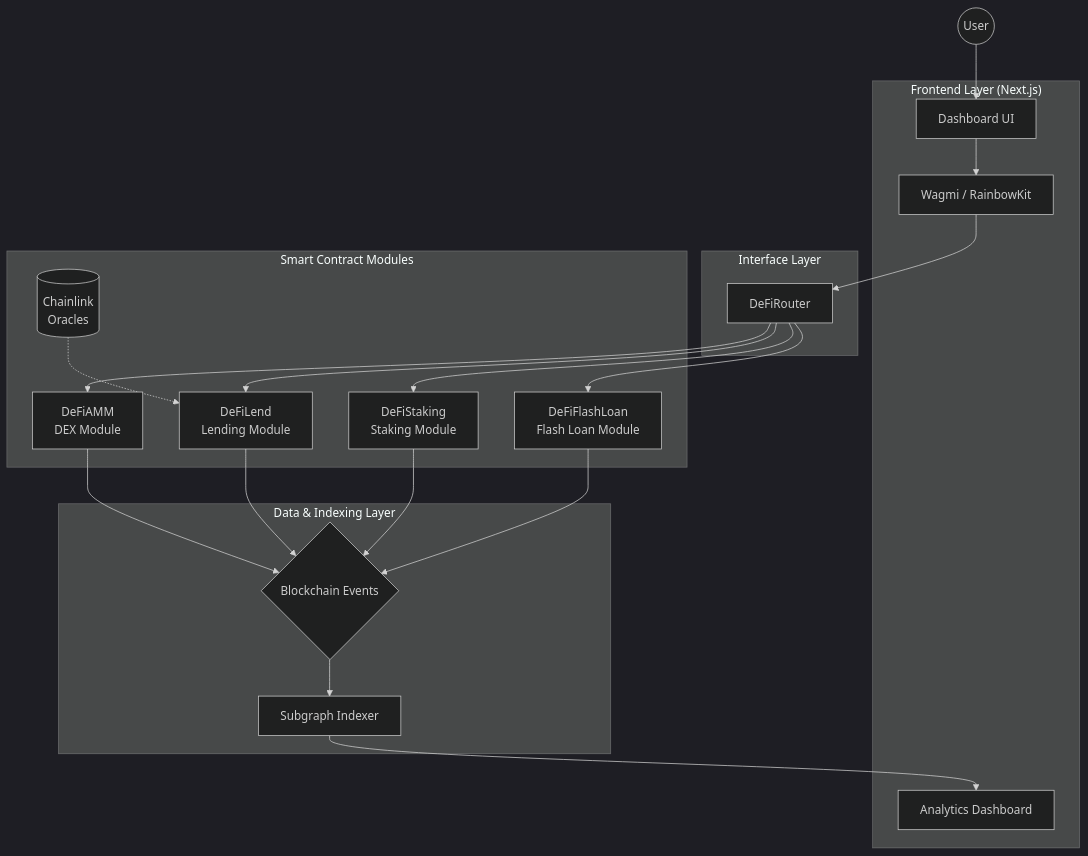
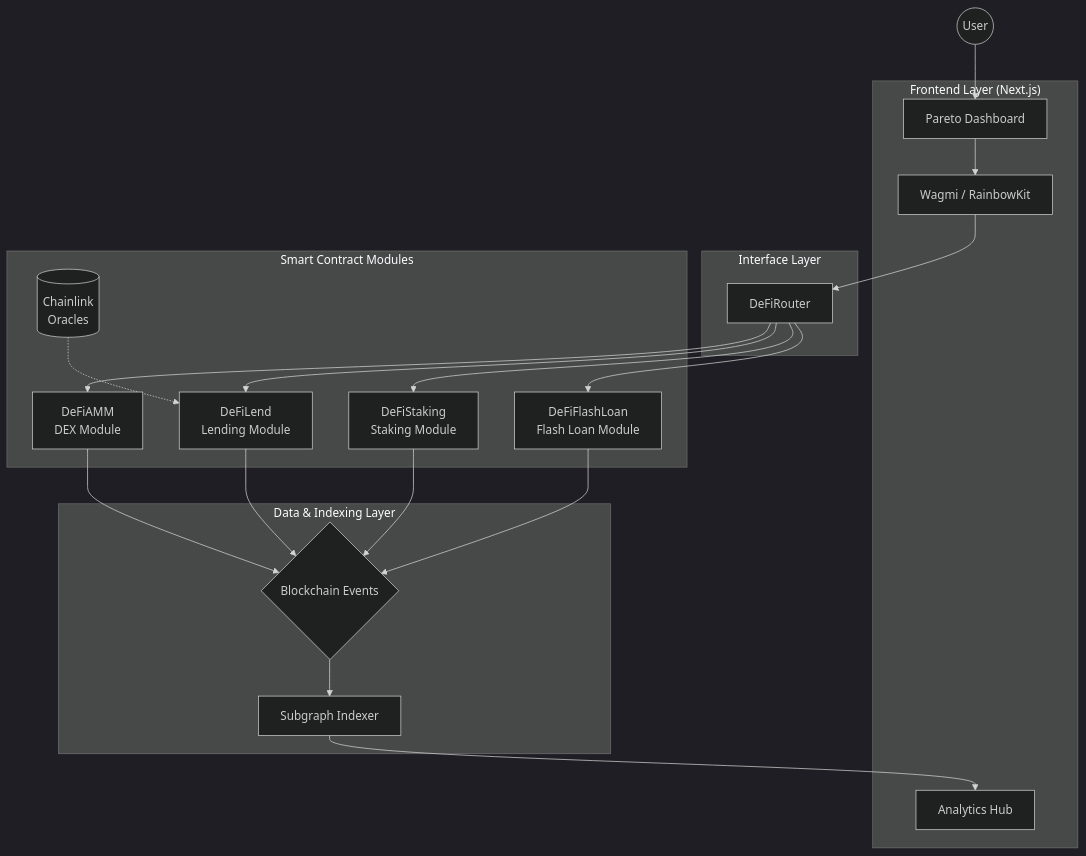
Before and after one commit to rahul-0407/DeFi_Super: the first of 2 diagrams in README.md, drawn with Mermaid (dark theme). The commit also changed other lines of this file and 10 other files, not shown here.

````diff
--- a/README.md
+++ b/README.md
@@ -13,42 +41,42 @@
 ```mermaid
 graph TB
     User((User))
 
     subgraph FrontendLayer ["Frontend Layer (Next.js)"]
-        Dashboard[Dashboard UI]
+        Dashboard[Pareto Dashboard]
         Connect[Wagmi / RainbowKit]
-        AnalyticsUI[Analytics Dashboard]
+        AnalyticsUI[Analytics Hub]
     end
 
     subgraph InterfaceLayer ["Interface Layer"]
         Router[DeFiRouter]
     end
 
     subgraph LogicLayer ["Smart Contract Modules"]
         AMM[DeFiAMM<br/>DEX Module]
         LEND[DeFiLend<br/>Lending Module]
         STAKE[DeFiStaking<br/>Staking Module]
         FLASH[DeFiFlashLoan<br/>Flash Loan Module]
         ORACLE[(Chainlink<br/>Oracles)]
     end
 
     subgraph DataLayer ["Data & Indexing Layer"]
         Events{Blockchain Events}
         Subgraph[Subgraph Indexer]
     end
 
     User --> Dashboard
     Dashboard --> Connect
     Connect --> Router
 
     Router --> AMM
     Router --> LEND
     Router --> STAKE
     Router --> FLASH
 
     ORACLE -.-> LEND
 
     AMM & LEND & STAKE & FLASH --> Events
     Events --> Subgraph
     Subgraph --> AnalyticsUI
 ```
````
